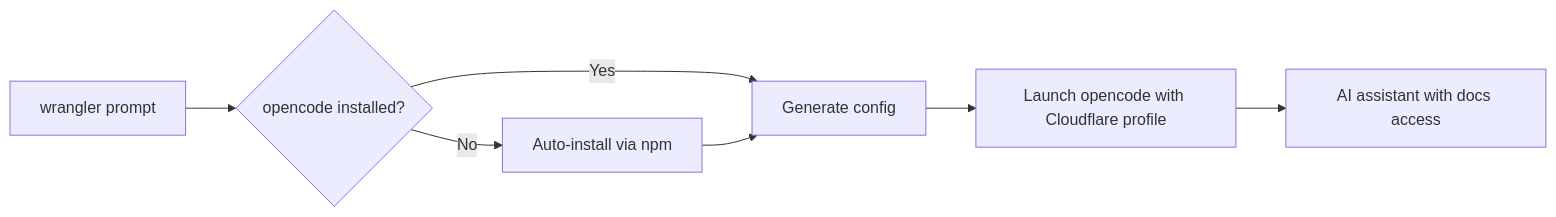
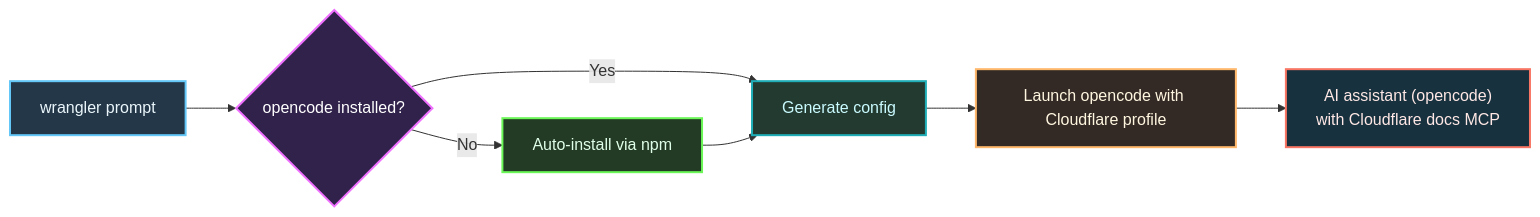
The first of 3 diagrams in docs/opencode.PR.md (cloudflare/workers-sdk), drawn with Mermaid before and after one commit. The commit also changed other lines of this file, not shown here.

First line of the commit message:
docs: improve description for `wrangler prompt` command

````diff
--- a/docs/opencode.PR.md
+++ b/docs/opencode.PR.md
@@ -17,9 +19,25 @@
 ```mermaid
 graph LR
     A[wrangler prompt] --> B{opencode installed?}
     B -->|No| C[Auto-install via npm]
     B -->|Yes| D[Generate config]
     C --> D
     D --> E[Launch opencode with Cloudflare profile]
-    E --> F[AI assistant with docs access]
+    E --> F["AI assistant (opencode)<br>with Cloudflare docs MCP"]
+
+    %% Assign classes to nodes
+    class A wrangler;
+    class B decision;
+    class C install;
+    class D config;
+    class E launch;
+    class F ai;
+
+    %% Define styles for dark mode
+    classDef wrangler fill:#243748,stroke:#63c7f7,stroke-width:2px,color:#eaf6fb;
+    classDef decision fill:#31224b,stroke:#ef6fff,stroke-width:2px,color:#fff;
+    classDef install fill:#233a24,stroke:#6bf757,stroke-width:2px,color:#e0ffea;
+    classDef config fill:#233a30,stroke:#1faeb7,stroke-width:2px,color:#cafbff;
+    classDef launch fill:#342a25,stroke:#ffb86b,stroke-width:2px,color:#fff6e0;
+    classDef ai fill:#17313f,stroke:#f87663,stroke-width:2px,color:#ffe8e5;
 ```
````
